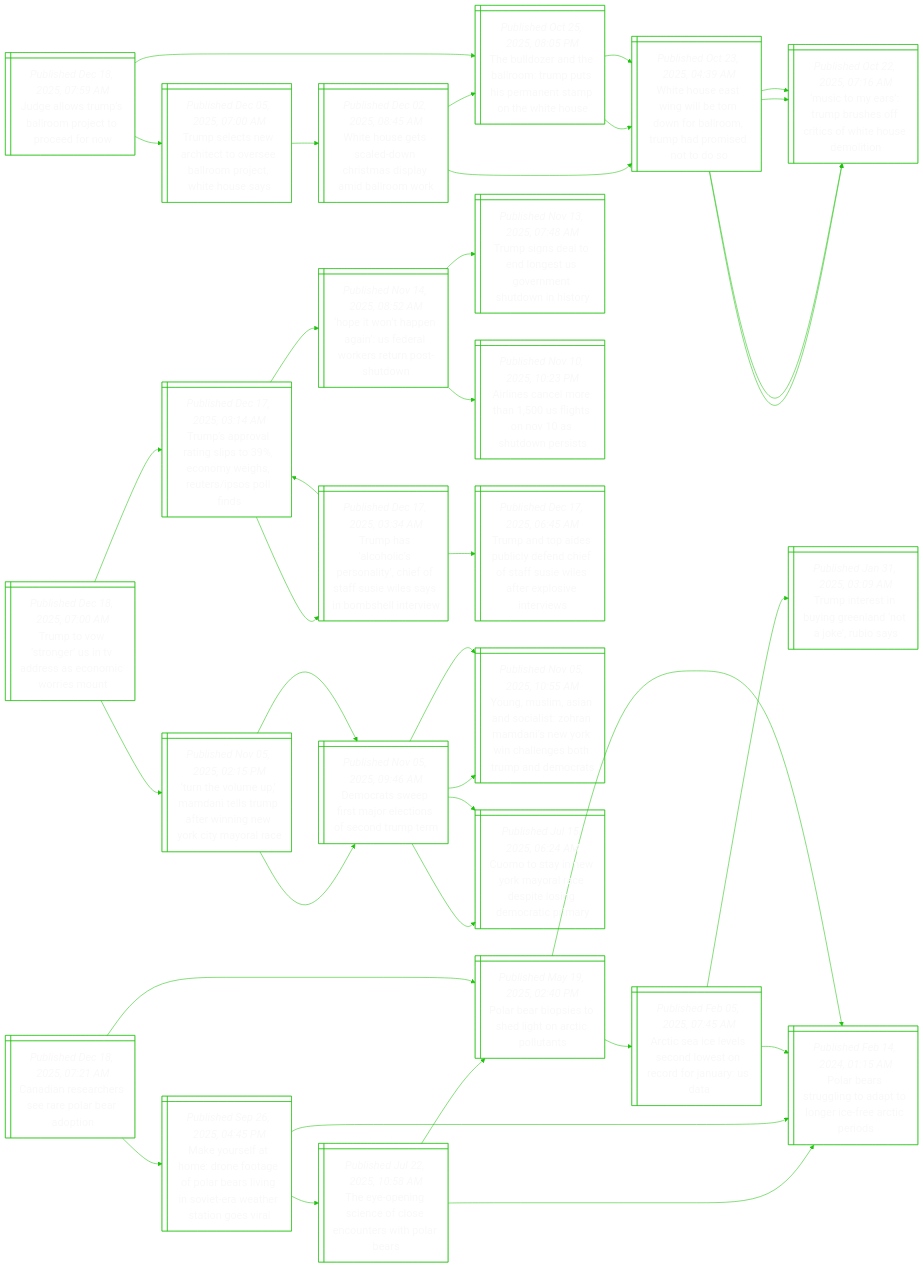
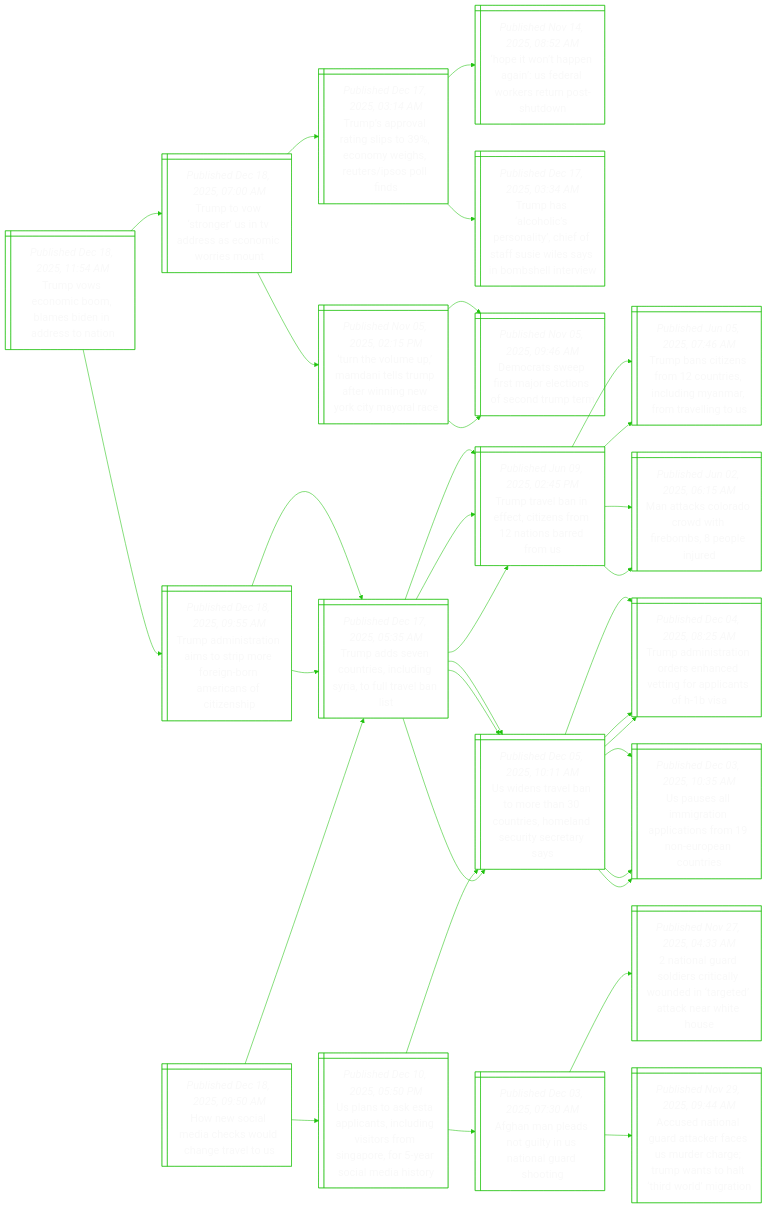
The diagram in README.md (notJmes/notJmes), drawn with Mermaid before and after one commit. The commit also changed other lines of this file, not shown here.

````diff
--- a/README.md
+++ b/README.md
@@ -16,121 +16,112 @@
 flowchart LR
 classDef txtsize font-size:20px;
 
-Jasplpcrdo@{ shape: win-pane, label: "_Published Dec 18, 2025, 07:59 AM_
-Judge allows trump’s ballroom project to proceed for now" }
-Tstatoslmeiuy@{ shape: win-pane, label: "_Published Dec 05, 2025, 07:00 AM_
-Trump selects new architect to oversee ballroom project, white house says" }
-WHgcdhmsaaok@{ shape: win-pane, label: "_Published Dec 02, 2025, 08:45 AM_
-White house gets scaled-down christmas display amid ballroom work" }
-WHEilowboudioo@{ shape: win-pane, label: "_Published Oct 23, 2025, 04:39 AM_
-White house east wing will be torn down for ballroom, trump had promised not to do so" }
-Tletlmphrnmhts@{ shape: win-pane, label: "_Published Oct 25, 2025, 08:05 PM_
-The bulldozer and the ballroom: trump puts his permanent stamp on the white house" }
-Tletlmphrnmhts@{ shape: win-pane, label: "_Published Oct 25, 2025, 08:05 PM_
-The bulldozer and the ballroom: trump puts his permanent stamp on the white house" }
-WHEilowboudioo@{ shape: win-pane, label: "_Published Oct 23, 2025, 04:39 AM_
-White house east wing will be torn down for ballroom, trump had promised not to do so" }
-Mtauuoiotsoo@{ shape: win-pane, label: "_Published Oct 22, 2025, 07:16 AM_
-‘music to my ears’: trump brushes off critics of white house demolition" }
-Mtauuoiotsoo@{ shape: win-pane, label: "_Published Oct 22, 2025, 07:16 AM_
-‘music to my ears’: trump brushes off critics of white house demolition" }
-WHEilowboudioo@{ shape: win-pane, label: "_Published Oct 23, 2025, 04:39 AM_
-White house east wing will be torn down for ballroom, trump had promised not to do so" }
-Mtauuoiotsoo@{ shape: win-pane, label: "_Published Oct 22, 2025, 07:16 AM_
-‘music to my ears’: trump brushes off critics of white house demolition" }
-Mtauuoiotsoo@{ shape: win-pane, label: "_Published Oct 22, 2025, 07:16 AM_
-‘music to my ears’: trump brushes off critics of white house demolition" }
-
-Jasplpcrdo:::txtsize --> Tstatoslmeiuy:::txtsize
-Tstatoslmeiuy:::txtsize --> WHgcdhmsaaok:::txtsize
-WHgcdhmsaaok:::txtsize --> WHEilowboudioo:::txtsize
-WHgcdhmsaaok:::txtsize --> Tletlmphrnmhts:::txtsize
-Jasplpcrdo:::txtsize --> Tletlmphrnmhts:::txtsize
-Tletlmphrnmhts:::txtsize --> WHEilowboudioo:::txtsize
-WHEilowboudioo:::txtsize --> Mtauuoiotsoo:::txtsize
-WHEilowboudioo:::txtsize --> Mtauuoiotsoo:::txtsize
-Tletlmphrnmhts:::txtsize --> WHEilowboudioo:::txtsize
-WHEilowboudioo:::txtsize --> Mtauuoiotsoo:::txtsize
-WHEilowboudioo:::txtsize --> Mtauuoiotsoo:::txtsize
-
-Cisheerai@{ shape: win-pane, label: "_Published Dec 18, 2025, 07:21 AM_
-Canadian researchers see rare polar bear adoption" }
-MolooooariSteriea@{ shape: win-pane, label: "_Published Sep 26, 2025, 04:45 PM_
-Make yourself at home: drone footage of polar bears living in soviet-era weather station goes viral" }
-Teiiosorhrs@{ shape: win-pane, label: "_Published Jul 22, 2025, 10:58 AM_
-The eye-opening science of close encounters with polar bears" }
-PbiehgAcus@{ shape: win-pane, label: "_Published May 19, 2025, 02:40 PM_
-Polar bear biopsies to shed light on arctic pollutants" }
-Pbsgtpoietr@{ shape: win-pane, label: "_Published Feb 14, 2024, 01:15 AM_
-Polar bears struggling to adapt to longer ice-free arctic periods" }
-Pbsgtpoietr@{ shape: win-pane, label: "_Published Feb 14, 2024, 01:15 AM_
-Polar bears struggling to adapt to longer ice-free arctic periods" }
-PbiehgAcus@{ shape: win-pane, label: "_Published May 19, 2025, 02:40 PM_
-Polar bear biopsies to shed light on arctic pollutants" }
-Accecooorad@{ shape: win-pane, label: "_Published Feb 05, 2025, 07:45 AM_
-Arctic sea ice levels second lowest on record for january: us data" }
-Tiebgnnoby@{ shape: win-pane, label: "_Published Jan 31, 2025, 03:09 AM_
-Trump interest in buying greenland ‘not a joke’, rubio says" }
-Pbsgtpoietr@{ shape: win-pane, label: "_Published Feb 14, 2024, 01:15 AM_
-Polar bears struggling to adapt to longer ice-free arctic periods" }
-Pbsgtpoietr@{ shape: win-pane, label: "_Published Feb 14, 2024, 01:15 AM_
-Polar bears struggling to adapt to longer ice-free arctic periods" }
-
-Cisheerai:::txtsize --> MolooooariSteriea:::txtsize
-MolooooariSteriea:::txtsize --> Teiiosorhrs:::txtsize
-Teiiosorhrs:::txtsize --> PbiehgAcus:::txtsize
-Teiiosorhrs:::txtsize --> Pbsgtpoietr:::txtsize
-MolooooariSteriea:::txtsize --> Pbsgtpoietr:::txtsize
-Cisheerai:::txtsize --> PbiehgAcus:::txtsize
-PbiehgAcus:::txtsize --> Accecooorad:::txtsize
-Accecooorad:::txtsize --> Tiebgnnoby:::txtsize
-Accecooorad:::txtsize --> Pbsgtpoietr:::txtsize
-PbiehgAcus:::txtsize --> Pbsgtpoietr:::txtsize
-
+Tvcimeedst@{ shape: win-pane, label: "_Published Dec 18, 2025, 11:54 AM_
+Trump vows economic boom, blames biden in address to nation" }
 Ttsgidsociu@{ shape: win-pane, label: "_Published Dec 18, 2025, 07:00 AM_
 Trump to vow ‘stronger’ us in tv address as economic worries mount" }
 TsoastneRrols@{ shape: win-pane, label: "_Published Dec 17, 2025, 03:14 AM_
 Trump’s approval rating slips to 39%, economy weighs, reuters/ipsos poll finds" }
 Hthnndwrust@{ shape: win-pane, label: "_Published Nov 14, 2025, 08:52 AM_
 ‘hope it won’t happen again’: us federal workers return post-shutdown" }
-Tsdootveuns@{ shape: win-pane, label: "_Published Nov 13, 2025, 07:48 AM_
-Trump signs deal to end longest us government shutdown in history" }
-Annoalsvuni@{ shape: win-pane, label: "_Published Nov 10, 2025, 10:23 PM_
-Airlines cancel more than 1,500 us flights on nov 10 as shutdown persists" }
 Thcirlhffesiblr@{ shape: win-pane, label: "_Published Dec 17, 2025, 03:34 AM_
 Trump has ‘alcoholic’s personality’, chief of staff susie wiles says in bombshell interview" }
-Tapsiecofieelers@{ shape: win-pane, label: "_Published Dec 17, 2025, 06:45 AM_
-Trump and top aides publicly defend chief of staff susie wiles after explosive interviews" }
-TsoastneRrols@{ shape: win-pane, label: "_Published Dec 17, 2025, 03:14 AM_
-Trump’s approval rating slips to 39%, economy weighs, reuters/ipsos poll finds" }
 ThuMnlmenekmae@{ shape: win-pane, label: "_Published Nov 05, 2025, 02:15 PM_
 ‘turn the volume up,’ mamdani tells trump after winning new york city mayoral race" }
 Drwialosdp@{ shape: win-pane, label: "_Published Nov 05, 2025, 09:46 AM_
 Democrats sweep first major elections of second trump term" }
-YMmnoihaiYilehpea@{ shape: win-pane, label: "_Published Nov 05, 2025, 10:55 AM_
-Young, muslim, asian and socialist: zohran mamdani’s new york win challenges both trump and democrats" }
-Ctywmaeiseary@{ shape: win-pane, label: "_Published Jul 15, 2025, 06:24 AM_
-Cuomo to stay in new york mayoral race despite losing democratic primary" }
 Drwialosdp@{ shape: win-pane, label: "_Published Nov 05, 2025, 09:46 AM_
 Democrats sweep first major elections of second trump term" }
-YMmnoihaiYilehpea@{ shape: win-pane, label: "_Published Nov 05, 2025, 10:55 AM_
-Young, muslim, asian and socialist: zohran mamdani’s new york win challenges both trump and democrats" }
-Ctywmaeiseary@{ shape: win-pane, label: "_Published Jul 15, 2025, 06:24 AM_
-Cuomo to stay in new york mayoral race despite losing democratic primary" }
+TaitismonAcfzi@{ shape: win-pane, label: "_Published Dec 18, 2025, 09:55 AM_
+Trump administration aims to strip more foreign-born americans of citizenship" }
+Taeoicniuaat@{ shape: win-pane, label: "_Published Dec 17, 2025, 05:35 AM_
+Trump adds seven countries, including syria, to full travel ban list" }
+Ttlncifasem@{ shape: win-pane, label: "_Published Jun 09, 2025, 02:45 PM_
+Trump travel ban in effect, citizens from 12 nations barred from us" }
+Ueaaoansletry@{ shape: win-pane, label: "_Published Dec 05, 2025, 10:11 AM_
+Us widens travel ban to more than 30 countries, homeland security secretary says" }
 
+Tvcimeedst:::txtsize --> Ttsgidsociu:::txtsize
 Ttsgidsociu:::txtsize --> TsoastneRrols:::txtsize
 TsoastneRrols:::txtsize --> Hthnndwrust:::txtsize
-Hthnndwrust:::txtsize --> Tsdootveuns:::txtsize
-Hthnndwrust:::txtsize --> Annoalsvuni:::txtsize
 TsoastneRrols:::txtsize --> Thcirlhffesiblr:::txtsize
-Thcirlhffesiblr:::txtsize --> Tapsiecofieelers:::txtsize
-Thcirlhffesiblr:::txtsize --> TsoastneRrols:::txtsize
 Ttsgidsociu:::txtsize --> ThuMnlmenekmae:::txtsize
 ThuMnlmenekmae:::txtsize --> Drwialosdp:::txtsize
-Drwialosdp:::txtsize --> YMmnoihaiYilehpea:::txtsize
-Drwialosdp:::txtsize --> Ctywmaeiseary:::txtsize
 ThuMnlmenekmae:::txtsize --> Drwialosdp:::txtsize
-Drwialosdp:::txtsize --> YMmnoihaiYilehpea:::txtsize
-Drwialosdp:::txtsize --> Ctywmaeiseary:::txtsize
+Tvcimeedst:::txtsize --> TaitismonAcfzi:::txtsize
+TaitismonAcfzi:::txtsize --> Taeoicniuaat:::txtsize
+Taeoicniuaat:::txtsize --> Ttlncifasem:::txtsize
+Taeoicniuaat:::txtsize --> Ueaaoansletry:::txtsize
+
+TaitismonAcfzi@{ shape: win-pane, label: "_Published Dec 18, 2025, 09:55 AM_
+Trump administration aims to strip more foreign-born americans of citizenship" }
+Taeoicniuaat@{ shape: win-pane, label: "_Published Dec 17, 2025, 05:35 AM_
+Trump adds seven countries, including syria, to full travel ban list" }
+Ttlncifasem@{ shape: win-pane, label: "_Published Jun 09, 2025, 02:45 PM_
+Trump travel ban in effect, citizens from 12 nations barred from us" }
+Tbinmtidyrtlt@{ shape: win-pane, label: "_Published Jun 05, 2025, 07:46 AM_
+Trump bans citizens from 12 countries, including myanmar, from travelling to us" }
+MtCaoteslu@{ shape: win-pane, label: "_Published Jun 02, 2025, 06:15 AM_
+Man attacks colorado crowd with firebombs, 8 people injured" }
+Ueaaoansletry@{ shape: win-pane, label: "_Published Dec 05, 2025, 10:11 AM_
+Us widens travel ban to more than 30 countries, homeland security secretary says" }
+TaitrectfpnHa@{ shape: win-pane, label: "_Published Dec 04, 2025, 08:25 AM_
+Trump administration orders enhanced vetting for applicants of h-1b visa" }
+Uslgolirnpoi@{ shape: win-pane, label: "_Published Dec 03, 2025, 10:35 AM_
+Us pauses all immigration applications from 19 non-european countries" }
+
+TaitismonAcfzi:::txtsize --> Taeoicniuaat:::txtsize
+Taeoicniuaat:::txtsize --> Ttlncifasem:::txtsize
+Ttlncifasem:::txtsize --> Tbinmtidyrtlt:::txtsize
+Ttlncifasem:::txtsize --> MtCaoteslu:::txtsize
+Taeoicniuaat:::txtsize --> Ueaaoansletry:::txtsize
+Ueaaoansletry:::txtsize --> TaitrectfpnHa:::txtsize
+Ueaaoansletry:::txtsize --> Uslgolirnpoi:::txtsize
+
+Hwaicuart@{ shape: win-pane, label: "_Published Dec 18, 2025, 09:50 AM_
+How new social media checks would change travel to us" }
+UnsAisuvoogeeceiy@{ shape: win-pane, label: "_Published Dec 10, 2025, 05:50 PM_
+Us plans to ask esta applicants, including visitors from singapore, for 5-year social media history" }
+Ueaaoansletry@{ shape: win-pane, label: "_Published Dec 05, 2025, 10:11 AM_
+Us widens travel ban to more than 30 countries, homeland security secretary says" }
+TaitrectfpnHa@{ shape: win-pane, label: "_Published Dec 04, 2025, 08:25 AM_
+Trump administration orders enhanced vetting for applicants of h-1b visa" }
+Uslgolirnpoi@{ shape: win-pane, label: "_Published Dec 03, 2025, 10:35 AM_
+Us pauses all immigration applications from 19 non-european countries" }
+Anlnintldt@{ shape: win-pane, label: "_Published Dec 03, 2025, 07:30 AM_
+Afghan man pleads not guilty in us national guard shooting" }
+Nnalsiydttteiu@{ shape: win-pane, label: "_Published Nov 27, 2025, 04:33 AM_
+2 national guard soldiers critically wounded in ‘targeted’ attack near white house" }
+AeiGakcmrgmtairgo@{ shape: win-pane, label: "_Published Nov 29, 2025, 09:44 AM_
+Accused national guard attacker faces us murder charge; trump wants to halt ‘third world’ migration" }
+Taeoicniuaat@{ shape: win-pane, label: "_Published Dec 17, 2025, 05:35 AM_
+Trump adds seven countries, including syria, to full travel ban list" }
+Ttlncifasem@{ shape: win-pane, label: "_Published Jun 09, 2025, 02:45 PM_
+Trump travel ban in effect, citizens from 12 nations barred from us" }
+Tbinmtidyrtlt@{ shape: win-pane, label: "_Published Jun 05, 2025, 07:46 AM_
+Trump bans citizens from 12 countries, including myanmar, from travelling to us" }
+MtCaoteslu@{ shape: win-pane, label: "_Published Jun 02, 2025, 06:15 AM_
+Man attacks colorado crowd with firebombs, 8 people injured" }
+Ueaaoansletry@{ shape: win-pane, label: "_Published Dec 05, 2025, 10:11 AM_
+Us widens travel ban to more than 30 countries, homeland security secretary says" }
+TaitrectfpnHa@{ shape: win-pane, label: "_Published Dec 04, 2025, 08:25 AM_
+Trump administration orders enhanced vetting for applicants of h-1b visa" }
+Uslgolirnpoi@{ shape: win-pane, label: "_Published Dec 03, 2025, 10:35 AM_
+Us pauses all immigration applications from 19 non-european countries" }
+
+Hwaicuart:::txtsize --> UnsAisuvoogeeceiy:::txtsize
+UnsAisuvoogeeceiy:::txtsize --> Ueaaoansletry:::txtsize
+Ueaaoansletry:::txtsize --> TaitrectfpnHa:::txtsize
+Ueaaoansletry:::txtsize --> Uslgolirnpoi:::txtsize
+UnsAisuvoogeeceiy:::txtsize --> Anlnintldt:::txtsize
+Anlnintldt:::txtsize --> Nnalsiydttteiu:::txtsize
+Anlnintldt:::txtsize --> AeiGakcmrgmtairgo:::txtsize
+Hwaicuart:::txtsize --> Taeoicniuaat:::txtsize
+Taeoicniuaat:::txtsize --> Ttlncifasem:::txtsize
+Ttlncifasem:::txtsize --> Tbinmtidyrtlt:::txtsize
+Ttlncifasem:::txtsize --> MtCaoteslu:::txtsize
+Taeoicniuaat:::txtsize --> Ueaaoansletry:::txtsize
+Ueaaoansletry:::txtsize --> TaitrectfpnHa:::txtsize
+Ueaaoansletry:::txtsize --> Uslgolirnpoi:::txtsize
 
 ```
````
